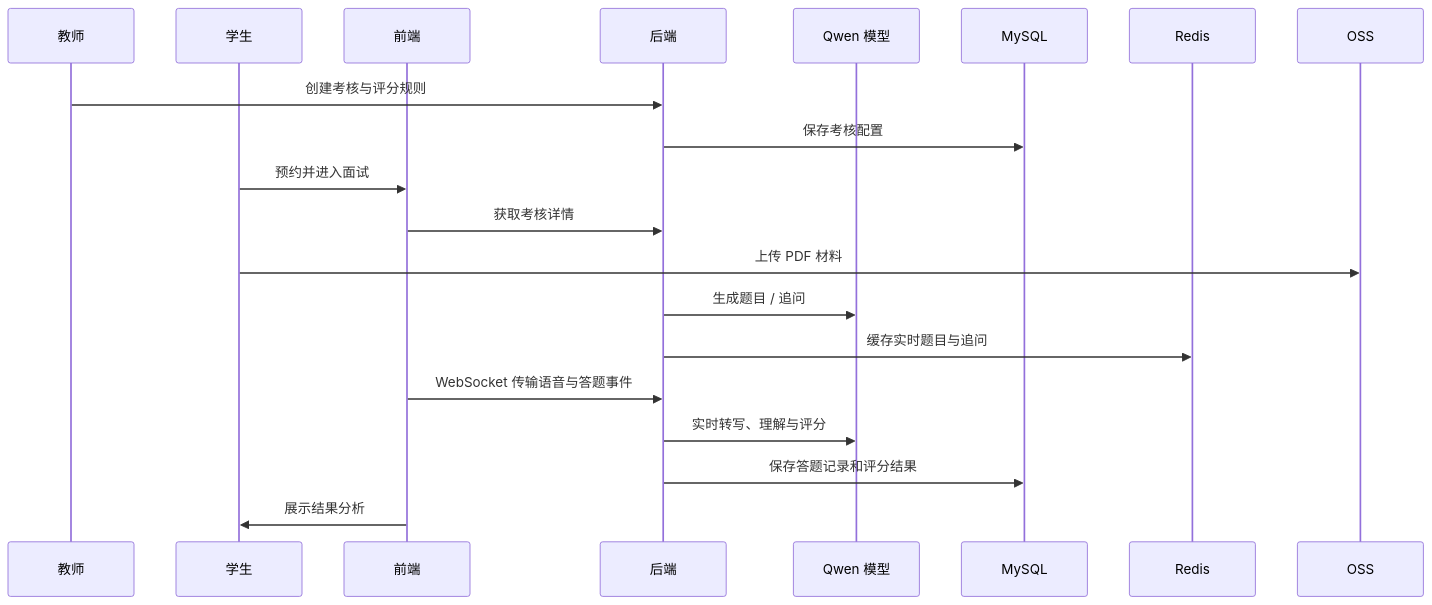
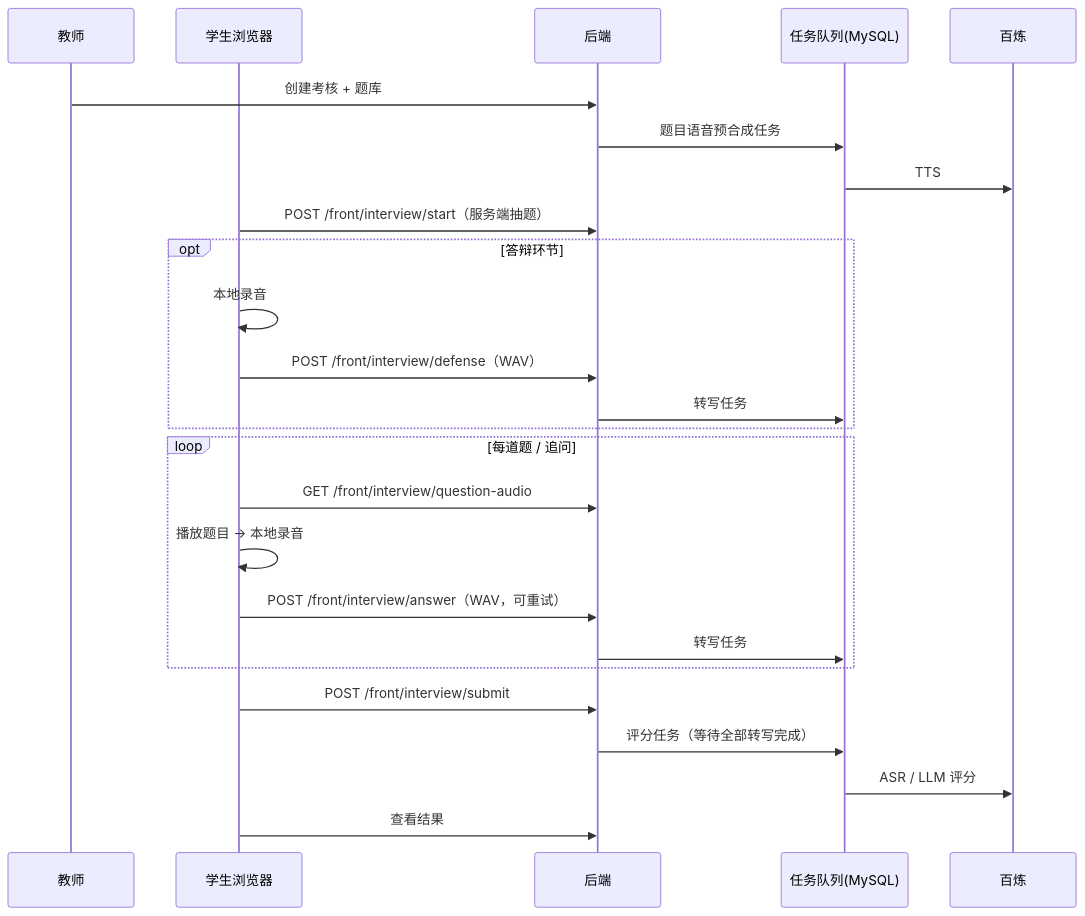
One commit to DuanHangyu/AI-interview-system changed the second of 2 diagrams in README.md. Above: the diagram before and after it, drawn with Mermaid. The commit also changed other lines of this file and 117 other files, not shown here.

First line of the commit message:
feat: rebuild interview on pre-made question bank and retryable REST

````diff
--- a/README.md
+++ b/README.md
@@ -306,23 +196,28 @@
 ```mermaid
 sequenceDiagram
   participant T as 教师
-  participant S as 学生
-  participant FE as 前端
+  participant S as 学生浏览器
   participant BE as 后端
-  participant AI as Qwen 模型
-  participant DB as MySQL
-  participant R as Redis
-  participant OSS as OSS
+  participant Q as 任务队列(MySQL)
+  participant AI as 百炼
 
-  T->>BE: 创建考核与评分规则
-  BE->>DB: 保存考核配置
-  S->>FE: 预约并进入面试
-  FE->>BE: 获取考核详情
-  S->>OSS: 上传 PDF 材料
-  BE->>AI: 生成题目 / 追问
-  BE->>R: 缓存实时题目与追问
-  FE->>BE: WebSocket 传输语音与答题事件
-  BE->>AI: 实时转写、理解与评分
-  BE->>DB: 保存答题记录和评分结果
-  FE->>S: 展示结果分析
+  T->>BE: 创建考核 + 题库
+  BE->>Q: 题目语音预合成任务
+  Q->>AI: TTS
+  S->>BE: POST /front/interview/start（服务端抽题）
+  opt 答辩环节
+    S->>S: 本地录音
+    S->>BE: POST /front/interview/defense（WAV）
+    BE->>Q: 转写任务
+  end
+  loop 每道题 / 追问
+    S->>BE: GET /front/interview/question-audio
+    S->>S: 播放题目 → 本地录音
+    S->>BE: POST /front/interview/answer（WAV，可重试）
+    BE->>Q: 转写任务
+  end
+  S->>BE: POST /front/interview/submit
+  BE->>Q: 评分任务（等待全部转写完成）
+  Q->>AI: ASR / LLM 评分
+  S->>BE: 查看结果
 ```
````
